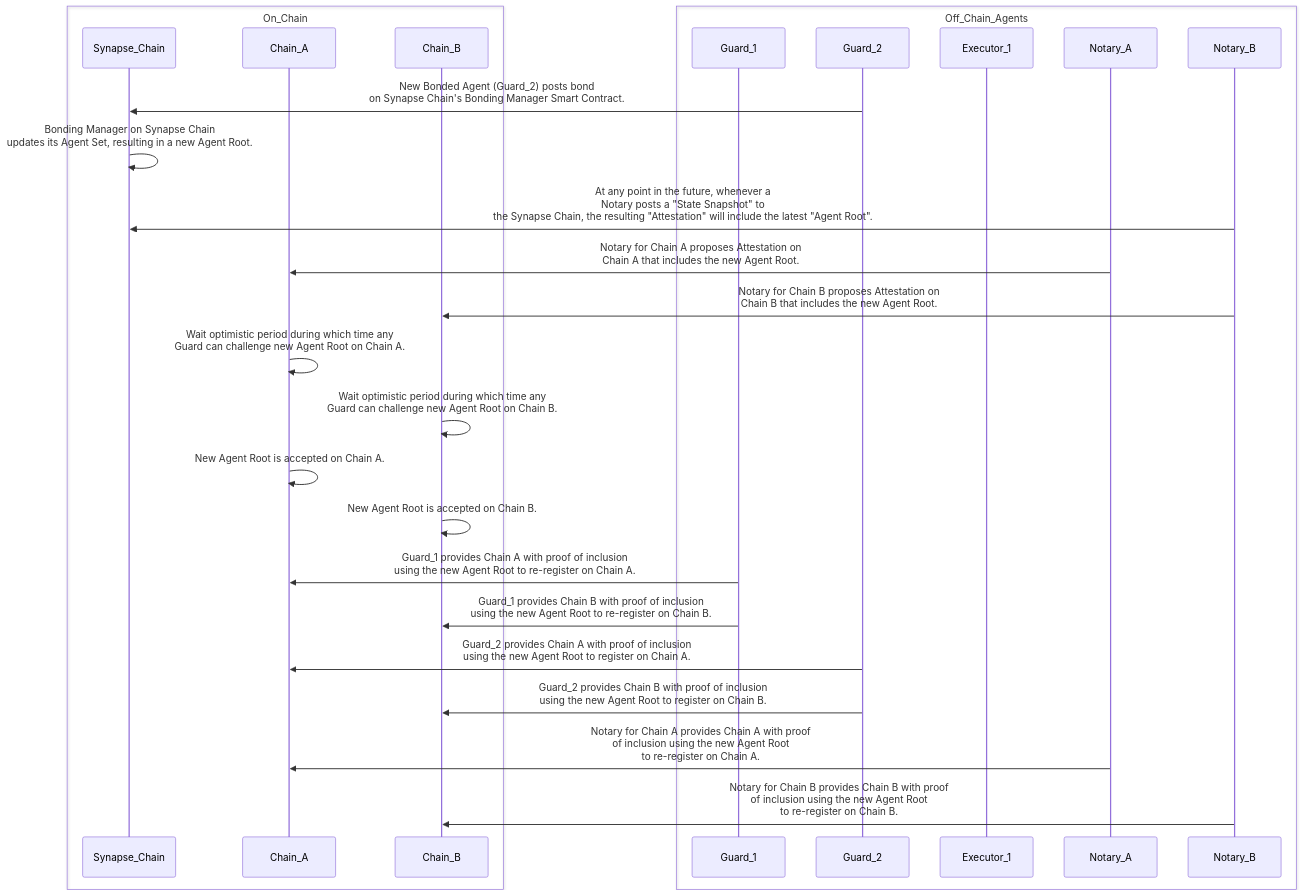
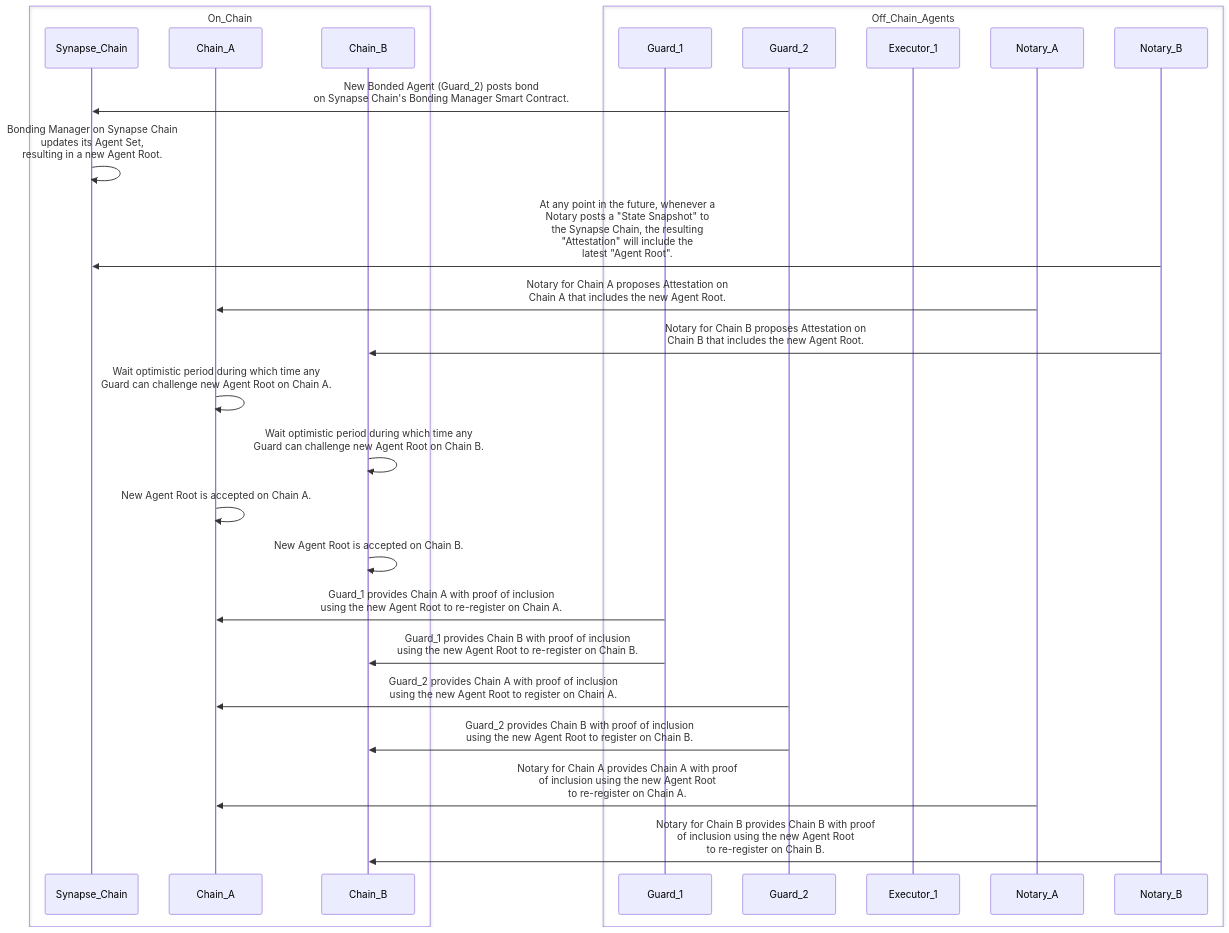
Before and after one commit to synapsecns/sanguine: the ninth of 15 diagrams in packages/docs/docs/consensus/crosschainmessaging.md, drawn with Mermaid. The commit also changed other lines of this file and 1 other file, not shown here.

````diff
--- a/packages/docs/docs/consensus/crosschainmessaging.md
+++ b/packages/docs/docs/consensus/crosschainmessaging.md
@@ -536,30 +539,30 @@
 ```mermaid
 sequenceDiagram
     box On_Chain
     participant Synapse_Chain
     participant Chain_A
     participant Chain_B
     end
     box Off_Chain_Agents
     participant Guard_1
     participant Guard_2
     participant Executor_1
     participant Notary_A
     participant Notary_B
     end
     Guard_2->>Synapse_Chain: New Bonded Agent (Guard_2) posts bond<br/> on Synapse Chain's Bonding Manager Smart Contract.
-    Synapse_Chain->>Synapse_Chain: Bonding Manager on Synapse Chain<br/> updates its Agent Set, resulting in a new Agent Root.
-    Notary_B->>Synapse_Chain: At any point in the future, whenever a<br/> Notary posts a "State Snapshot" to <br/> the Synapse Chain, the resulting "Attestation" will include the latest "Agent Root".
+    Synapse_Chain->>Synapse_Chain: Bonding Manager on Synapse Chain<br/> updates its Agent Set,<br/> resulting in a new Agent Root.
+    Notary_B->>Synapse_Chain: At any point in the future, whenever a<br/> Notary posts a "State Snapshot" to <br/> the Synapse Chain, the resulting<br/> "Attestation" will include the<br/> latest "Agent Root".
     Notary_A->>Chain_A: Notary for Chain A proposes Attestation on<br/> Chain A that includes the new Agent Root.
     Notary_B->>Chain_B: Notary for Chain B proposes Attestation on<br/> Chain B that includes the new Agent Root.
     Chain_A->>Chain_A: Wait optimistic period during which time any<br/> Guard can challenge new Agent Root on Chain A.
     Chain_B->>Chain_B: Wait optimistic period during which time any<br/> Guard can challenge new Agent Root on Chain B.
     Chain_A->>Chain_A: New Agent Root is accepted on Chain A.
     Chain_B->>Chain_B: New Agent Root is accepted on Chain B.
     Guard_1->>Chain_A: Guard_1 provides Chain A with proof of inclusion<br/> using the new Agent Root to re-register on Chain A.
     Guard_1->>Chain_B: Guard_1 provides Chain B with proof of inclusion<br/> using the new Agent Root to re-register on Chain B.
     Guard_2->>Chain_A: Guard_2 provides Chain A with proof of inclusion<br/> using the new Agent Root to register on Chain A.
     Guard_2->>Chain_B: Guard_2 provides Chain B with proof of inclusion<br/> using the new Agent Root to register on Chain B.
     Notary_A->>Chain_A: Notary for Chain A provides Chain A with proof <br/>of inclusion using the new Agent Root<br/> to re-register on Chain A.
     Notary_B->>Chain_B: Notary for Chain B provides Chain B with proof <br/>of inclusion using the new Agent Root<br/> to re-register on Chain B.
 ```
````
